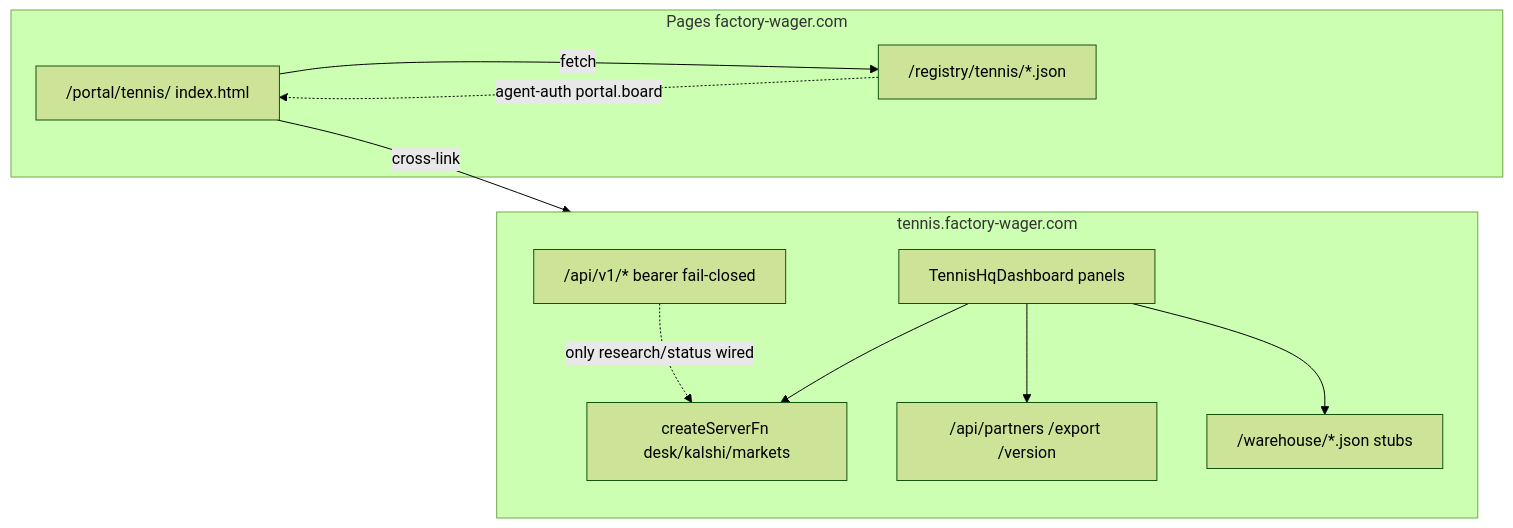
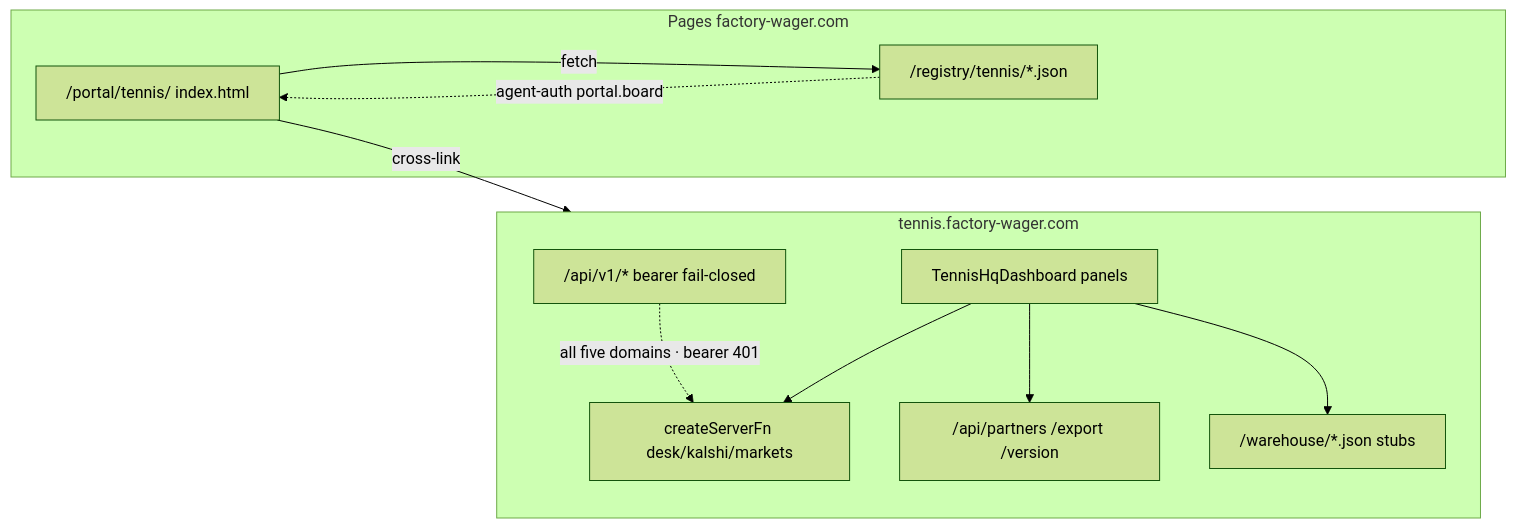
One commit to brendadeeznuts1111/project-R-score changed the diagram in docs/harness/tenants/tennis-hq-ui-audit.md. Above: the diagram before and after it, drawn with Mermaid (forest theme). The commit also changed other lines of this file and 4 other files, not shown here.

First line of the commit message:
docs(tennis): mark all five live v1 routes wired (unauth 401)

````diff
--- a/docs/harness/tenants/tennis-hq-ui-audit.md
+++ b/docs/harness/tenants/tennis-hq-ui-audit.md
@@ -25,21 +25,21 @@
 ```mermaid
 flowchart LR
   subgraph desk [tennis.factory-wager.com]
     UI[TennisHqDashboard panels]
     SF[createServerFn desk/kalshi/markets]
     API["/api/partners /export /version"]
     V1["/api/v1/* bearer fail-closed"]
     WH["/warehouse/*.json stubs"]
   end
   subgraph pages [Pages factory-wager.com]
     Board["/portal/tennis/ index.html"]
     Reg["/registry/tennis/*.json"]
   end
   UI --> SF
   UI --> API
   UI --> WH
-  V1 -.->|only research/status wired| SF
+  V1 -.->|all five domains · bearer 401| SF
   Board -->|fetch| Reg
   Board -->|cross-link| desk
   Reg -.->|agent-auth portal.board| Board
 ```
````
